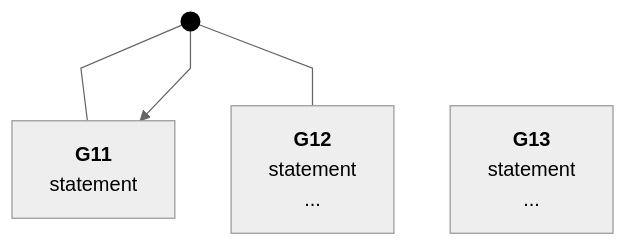
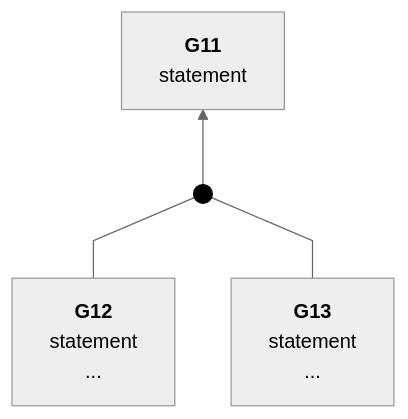
One commit to coreinfrastructure/best-practices-badge changed diagram 12 of 18 in docs/sacm-mermaid.md. Above: the diagram before and after it, drawn with Mermaid. The commit also changed other lines of this file, not shown here.

Commit message:
Fix demo diagrams

````diff
--- a/docs/sacm-mermaid.md
+++ b/docs/sacm-mermaid.md
@@ -1142,22 +1142,22 @@
 ```mermaid
 ---
 config:
   theme: neutral
   flowchart:
     curve: linear
     htmlLabels: true
     rankSpacing: 60
     nodeSpacing: 45
     padding: 15
 ---
 flowchart BT
     classDef sacmDot fill:#000,stroke:#000
     G11["<b>G11</b><br>statement"]
     G12["<b>G12</b><br>statement<br>..."]
     G13["<b>G13</b><br>statement<br>..."]
     Inf1((" ")):::sacmDot
 
-    G11 --- Inf1
     G12 --- Inf1
+    G13 --- Inf1
     Inf1 --> G11
 ```
````
